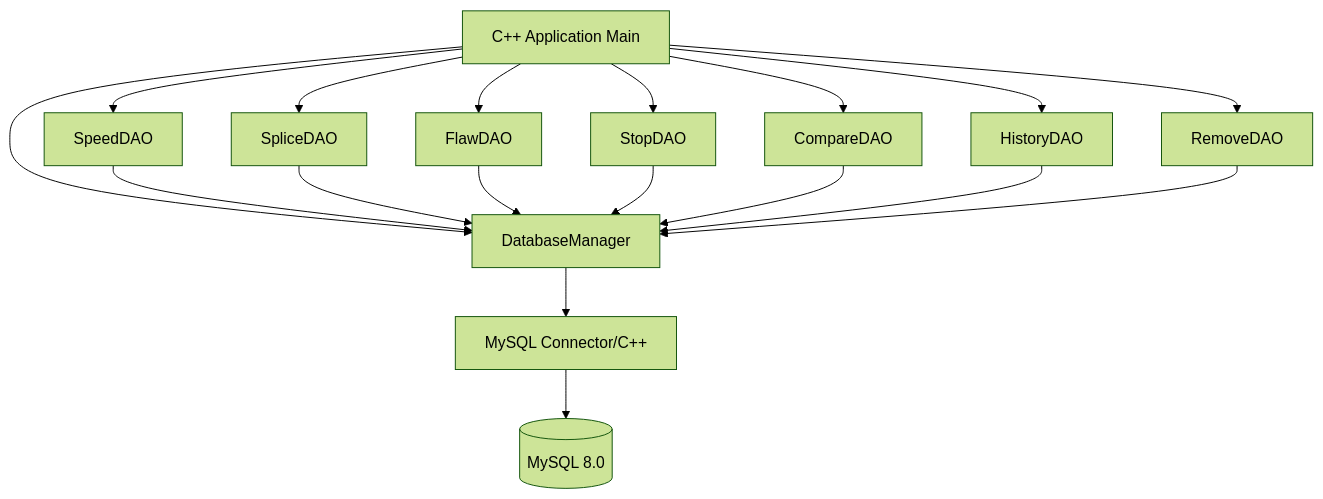
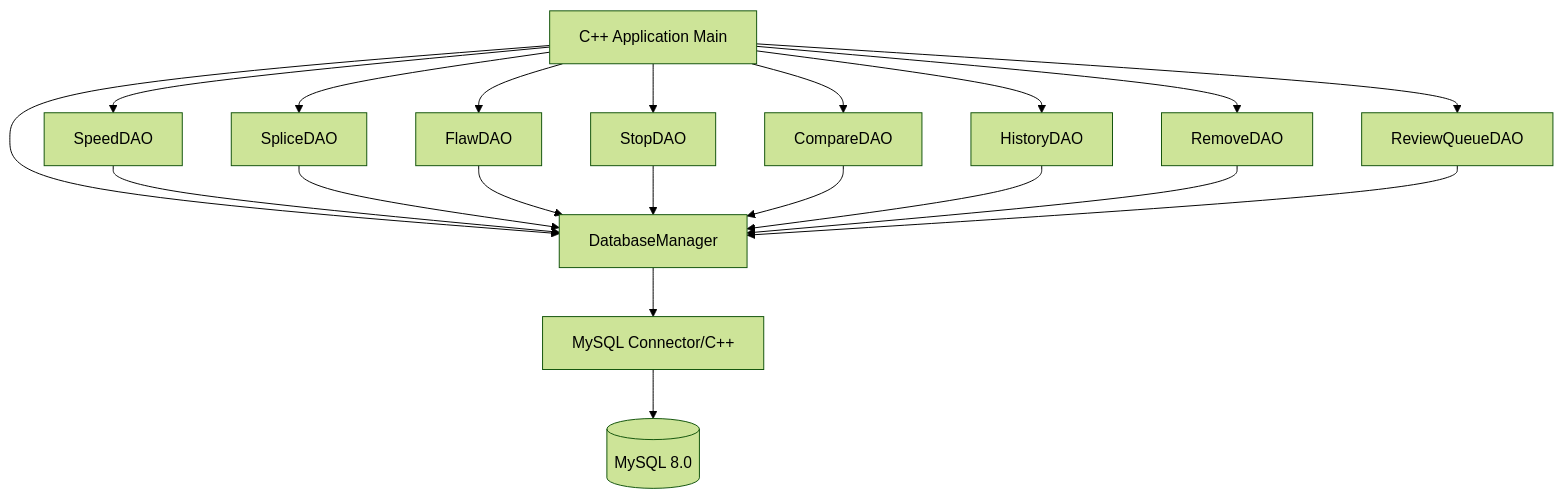
The first of 2 diagrams in docs/project_design.md (vance1852/ccusr-091002-q003), drawn with Mermaid (forest theme) before and after one commit. The commit also changed other lines of this file and 9 other files, not shown here.

````diff
--- a/docs/project_design.md
+++ b/docs/project_design.md
@@ -5,22 +5,24 @@
 ```mermaid
 flowchart TD
     A[C++ Application Main] --> B[DatabaseManager]
     B --> C[MySQL Connector/C++]
     C --> D[(MySQL 8.0)]
     
     A --> E[SpeedDAO]
     A --> F[SpliceDAO]
     A --> G[FlawDAO]
     A --> H[StopDAO]
     A --> I[CompareDAO]
     A --> J[HistoryDAO]
     A --> K[RemoveDAO]
+    A --> L[ReviewQueueDAO]
     
     E --> B
     F --> B
     G --> B
     H --> B
     I --> B
     J --> B
     K --> B
+    L --> B
 ```
````
